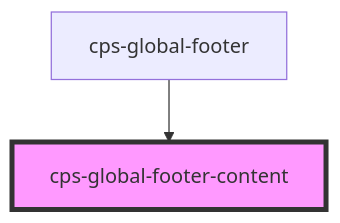
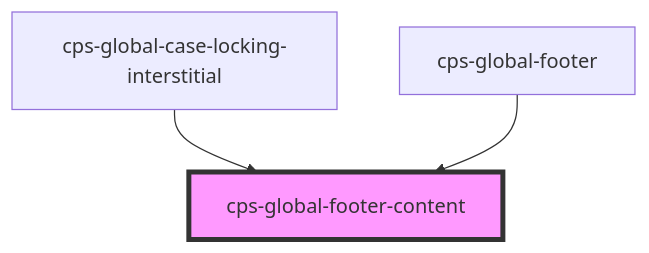
Before and after one commit to CPS-Innovation/global-components: the diagram in packages/cps-global-components/src/components/cps-global-footer-content/readme.md, drawn with Mermaid. The commit also changed other lines of this file and 14 other files, not shown here.

````diff
--- a/packages/cps-global-components/src/components/cps-global-footer-content/readme.md
+++ b/packages/cps-global-components/src/components/cps-global-footer-content/readme.md
@@ -22,5 +23,6 @@
 ```mermaid
 graph TD;
+  cps-global-case-locking-interstitial --> cps-global-footer-content
   cps-global-footer --> cps-global-footer-content
   style cps-global-footer-content fill:#f9f,stroke:#333,stroke-width:4px
 ```
````
